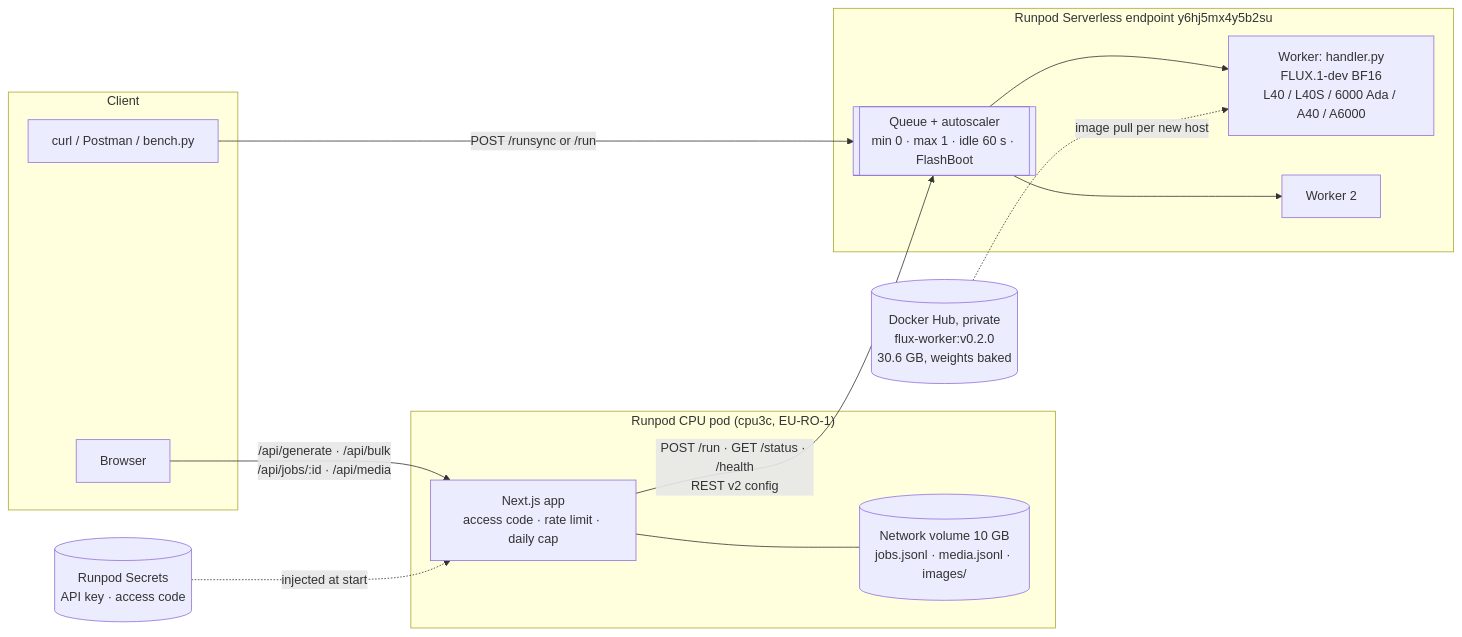
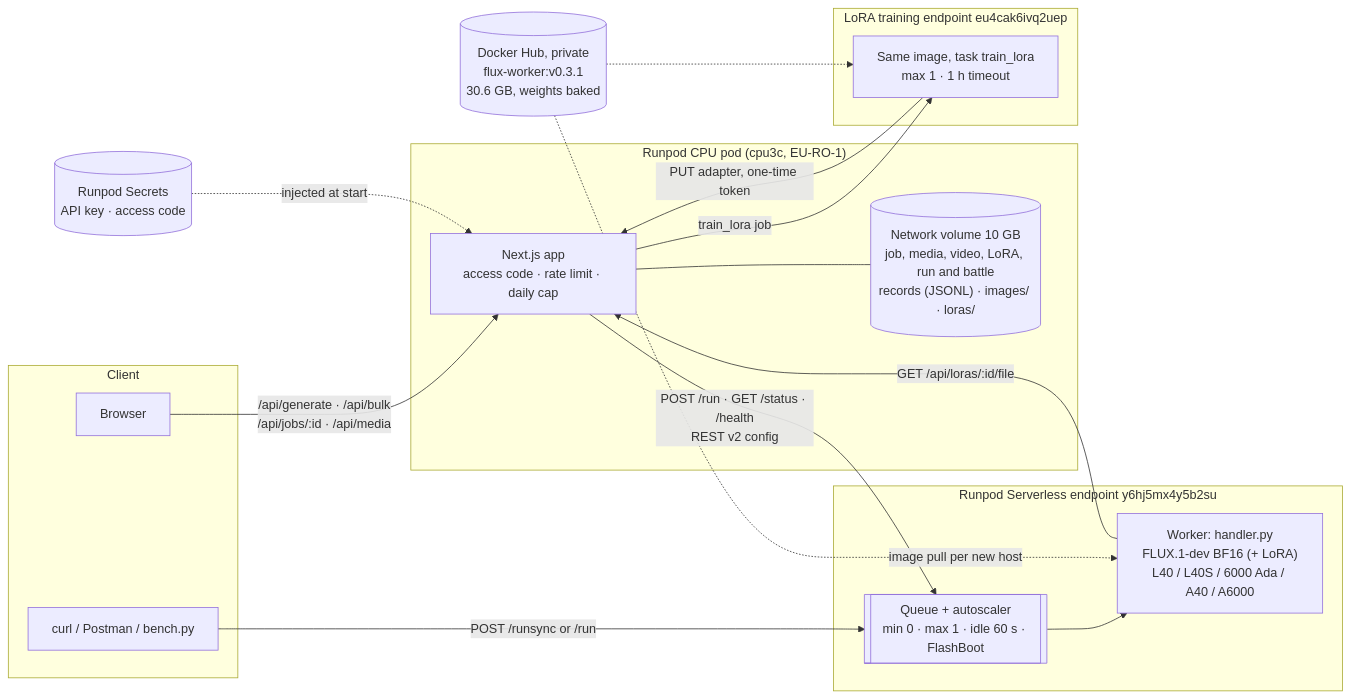
The first of 2 diagrams in docs/architecture.md (ibrahimnd2000/runpod-flux-studio), drawn with Mermaid before and after one commit. The commit also changed other lines of this file and 16 other files, not shown here.

First line of the commit message:
Docs: bring README, architecture, benchmarks, scripts and env example up to date

````diff
--- a/docs/architecture.md
+++ b/docs/architecture.md
@@ -3,30 +3,36 @@
 ```mermaid
 flowchart LR
     subgraph Client
         B[Browser]
         C[curl / Postman / bench.py]
     end
 
     subgraph Pod["Runpod CPU pod (cpu3c, EU-RO-1)"]
         A["Next.js app<br/>access code · rate limit · daily cap"]
-        V[("Network volume 10 GB<br/>jobs.jsonl · media.jsonl · images/")]
+        V[("Network volume 10 GB<br/>job, media, video, LoRA, run and battle<br/>records (JSONL) · images/ · loras/")]
         A --- V
     end
 
     subgraph SL["Runpod Serverless endpoint y6hj5mx4y5b2su"]
         Q[[Queue + autoscaler<br/>min 0 · max 1 · idle 60 s · FlashBoot]]
-        W1["Worker: handler.py<br/>FLUX.1-dev BF16<br/>L40 / L40S / 6000 Ada / A40 / A6000"]
-        W2[Worker 2]
+        W1["Worker: handler.py<br/>FLUX.1-dev BF16 (+ LoRA)<br/>L40 / L40S / 6000 Ada / A40 / A6000"]
         Q --> W1
-        Q --> W2
+    end
+
+    subgraph TR["LoRA training endpoint eu4cak6ivq2uep"]
+        TW["Same image, task train_lora<br/>max 1 · 1 h timeout"]
     end
 
     S[(Runpod Secrets<br/>API key · access code)]
-    R[(Docker Hub, private<br/>flux-worker:v0.2.0<br/>30.6 GB, weights baked)]
+    R[(Docker Hub, private<br/>flux-worker:v0.3.1<br/>30.6 GB, weights baked)]
 
     B -- "/api/generate · /api/bulk<br/>/api/jobs/:id · /api/media" --> A
     A -- "POST /run · GET /status · /health<br/>REST v2 config" --> Q
     C -- "POST /runsync or /run" --> Q
     S -. injected at start .-> A
     R -. image pull per new host .-> W1
+    R -.-> TW
+    A -- "train_lora job" --> TW
+    TW -- "PUT adapter, one-time token" --> A
+    W1 -- "GET /api/loras/:id/file" --> A
 ```
````
